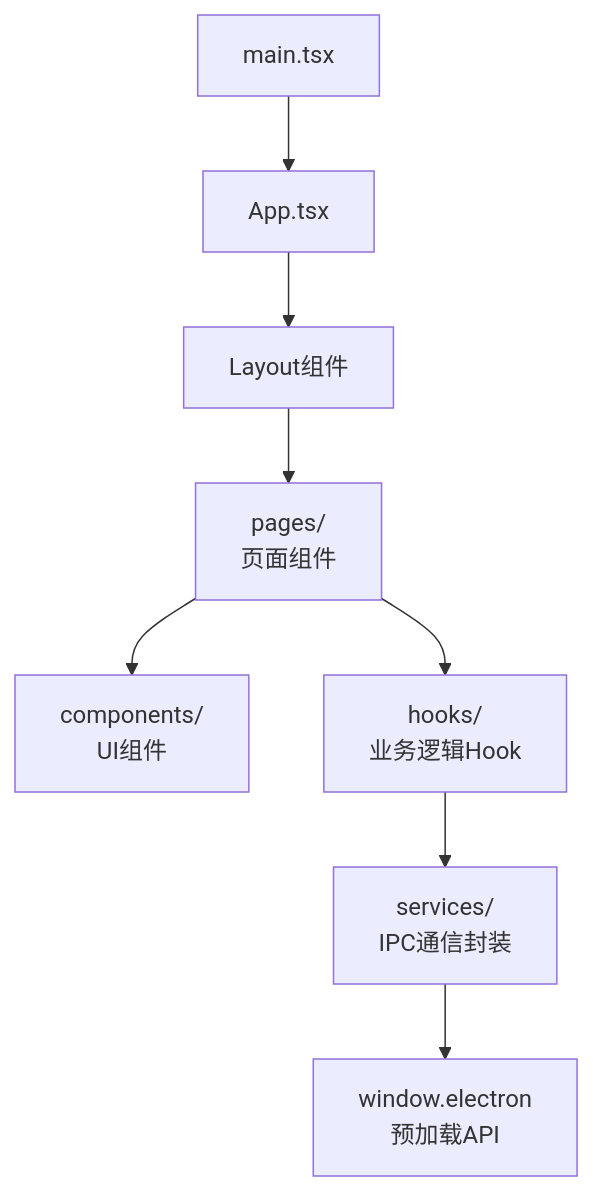
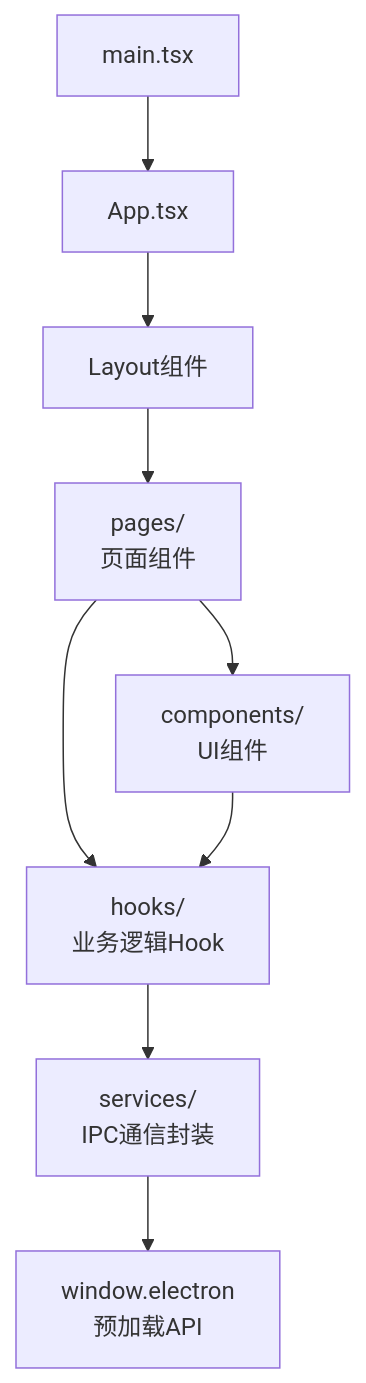
The third of 4 diagrams in docs/architecture-fractal.md (cafe9k/cafe-stock), drawn with Mermaid before and after one commit. The commit also changed other lines of this file and 30 other files, not shown here.

````diff
--- a/docs/architecture-fractal.md
+++ b/docs/architecture-fractal.md
@@ -67,11 +67,12 @@
 ```mermaid
 graph TB
     Main[main.tsx] --> App[App.tsx]
     App --> Layout[Layout组件]
     Layout --> Pages[pages/<br/>页面组件]
     Pages --> Components[components/<br/>UI组件]
 
     Pages --> Hooks[hooks/<br/>业务逻辑Hook]
+    Components --> Hooks
     Hooks --> Services[services/<br/>IPC通信封装]
     Services --> Electron[window.electron<br/>预加载API]
 ```
````
